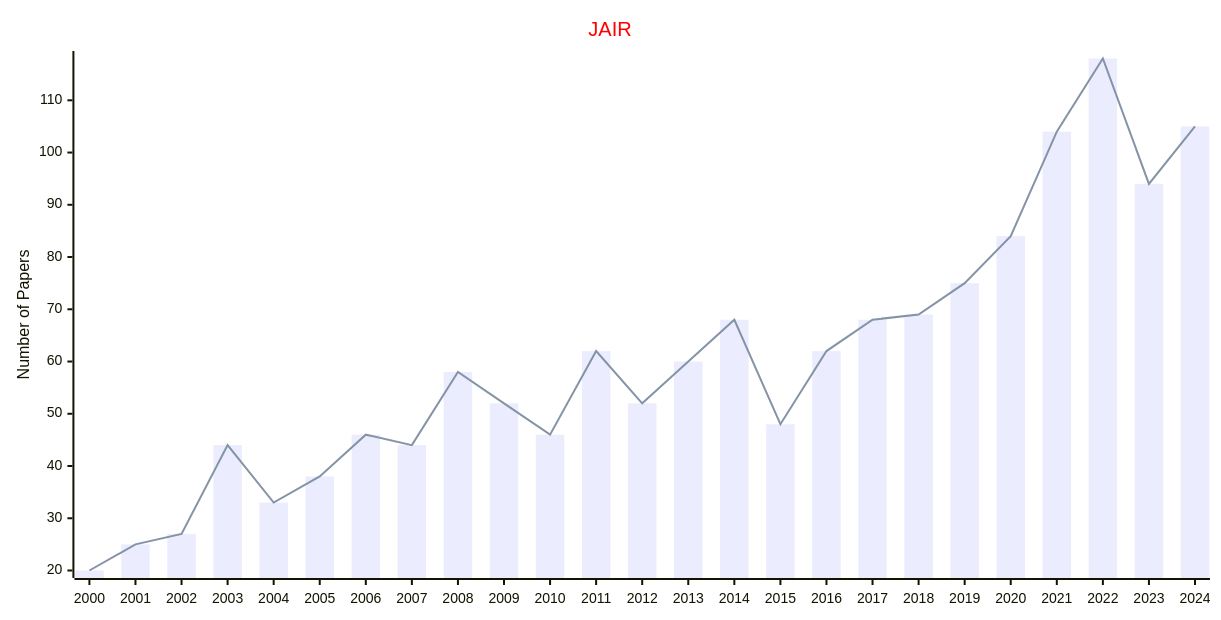
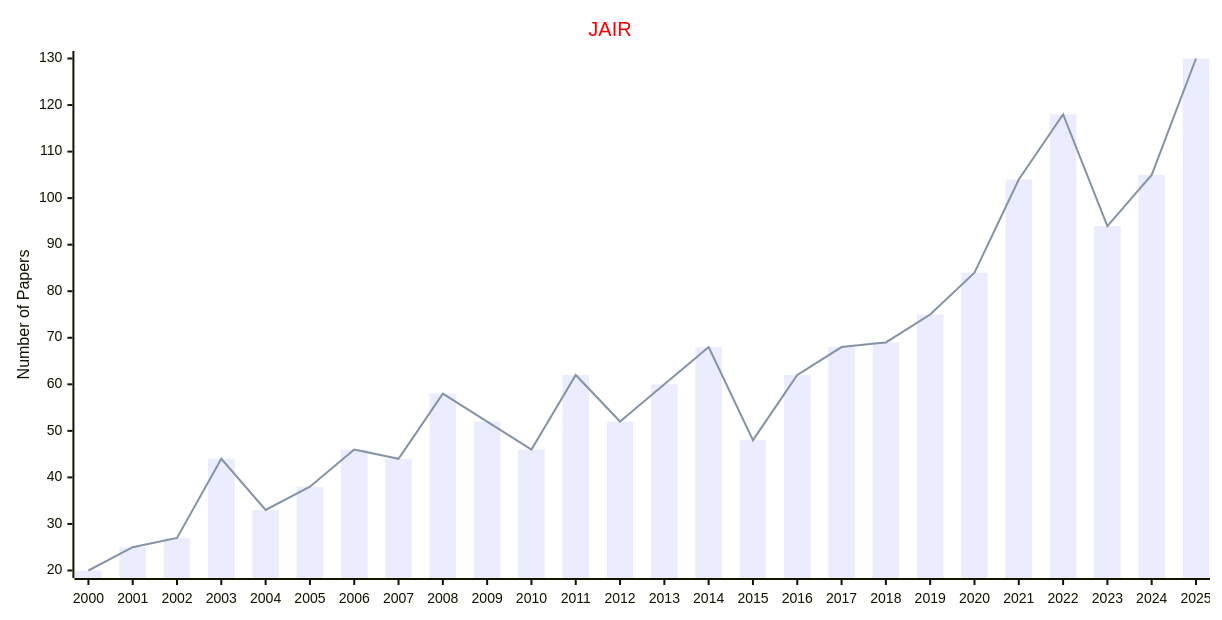
The diagram in docs/data/Journals/Publishers_Journals/AAAI.md (Easy-PhD/AILinks), drawn with Mermaid before and after one commit. The commit also changed 93 other files, not shown here.

````diff
--- a/docs/data/Journals/Publishers_Journals/AAAI.md
+++ b/docs/data/Journals/Publishers_Journals/AAAI.md
@@ -11,17 +11,17 @@
 ```mermaid
 ---
 config:
     xyChart:
         width: 1200
         height: 600
     themeVariables:
         xyChart:
             titleColor: "#ff0000"
 ---
 xychart-beta
     title "JAIR"
-    x-axis [2000, 2001, 2002, 2003, 2004, 2005, 2006, 2007, 2008, 2009, 2010, 2011, 2012, 2013, 2014, 2015, 2016, 2017, 2018, 2019, 2020, 2021, 2022, 2023, 2024]
+    x-axis [2000, 2001, 2002, 2003, 2004, 2005, 2006, 2007, 2008, 2009, 2010, 2011, 2012, 2013, 2014, 2015, 2016, 2017, 2018, 2019, 2020, 2021, 2022, 2023, 2024, 2025]
     y-axis "Number of Papers"
-    bar [20, 25, 27, 44, 33, 38, 46, 44, 58, 52, 46, 62, 52, 60, 68, 48, 62, 68, 69, 75, 84, 104, 118, 94, 105]
-    line [20, 25, 27, 44, 33, 38, 46, 44, 58, 52, 46, 62, 52, 60, 68, 48, 62, 68, 69, 75, 84, 104, 118, 94, 105]
+    bar [20, 25, 27, 44, 33, 38, 46, 44, 58, 52, 46, 62, 52, 60, 68, 48, 62, 68, 69, 75, 84, 104, 118, 94, 105, 130]
+    line [20, 25, 27, 44, 33, 38, 46, 44, 58, 52, 46, 62, 52, 60, 68, 48, 62, 68, 69, 75, 84, 104, 118, 94, 105, 130]
 ```
````
